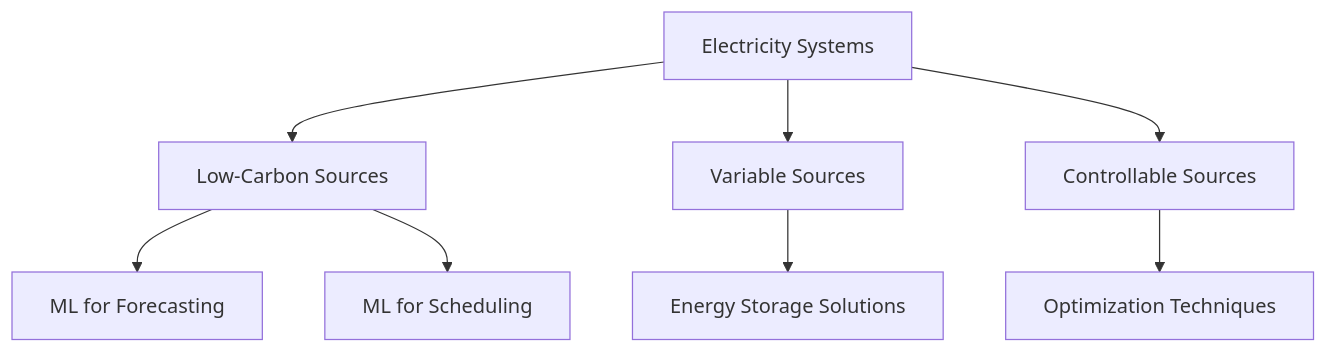
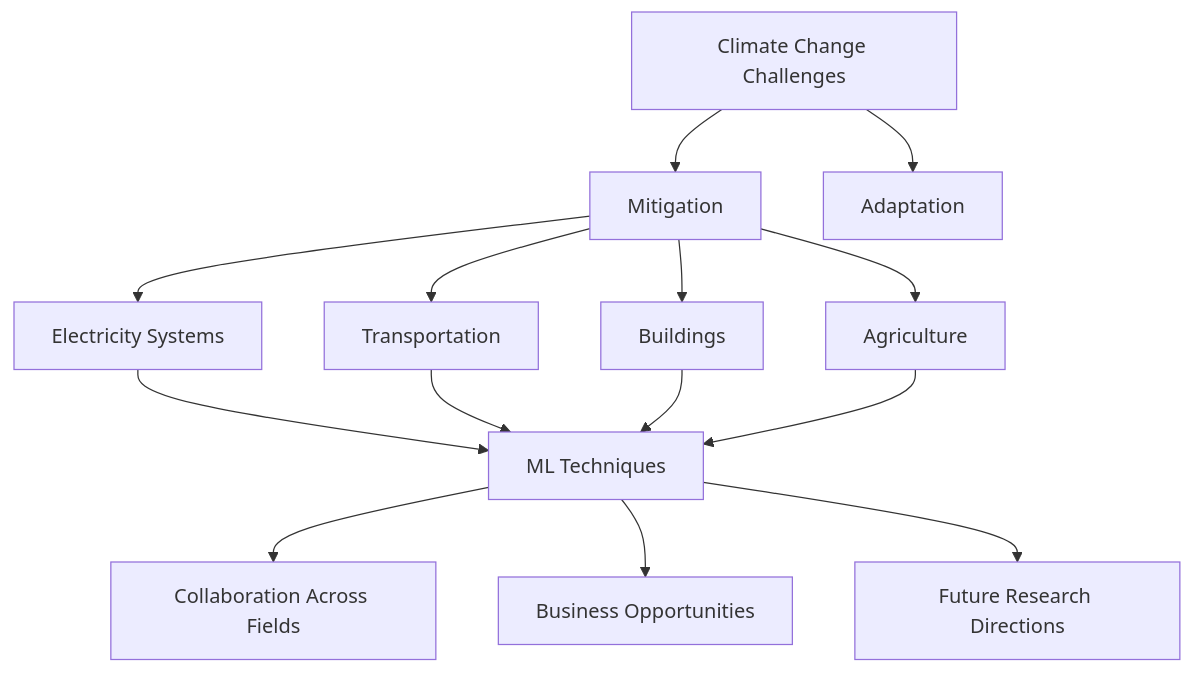
One commit to dmarx/papers-feed changed the diagram in data/papers/1906.05433/features/crib-sheet/1906.05433.md. Above: the diagram before and after it, drawn with Mermaid. The commit also changed other lines of this file and 9 other files, not shown here.

````diff
--- a/data/papers/1906.05433/features/crib-sheet/1906.05433.md
+++ b/data/papers/1906.05433/features/crib-sheet/1906.05433.md
@@ -39,10 +26,16 @@
 ```mermaid
 flowchart TD
-    A[Electricity Systems] --> B[Low-Carbon Sources]
-    A --> C[Variable Sources]
-    A --> D[Controllable Sources]
-    B --> E[ML for Forecasting]
-    B --> F[ML for Scheduling]
-    C --> G[Energy Storage Solutions]
-    D --> H[Optimization Techniques]
+    A[Climate Change Challenges] --> B[Mitigation]
+    A --> C[Adaptation]
+    B --> D[Electricity Systems]
+    B --> E[Transportation]
+    B --> F[Buildings]
+    B --> G[Agriculture]
+    D --> H[ML Techniques]
+    E --> H
+    F --> H
+    G --> H
+    H --> I[Collaboration Across Fields]
+    H --> J[Business Opportunities]
+    H --> K[Future Research Directions]
 ```
````
